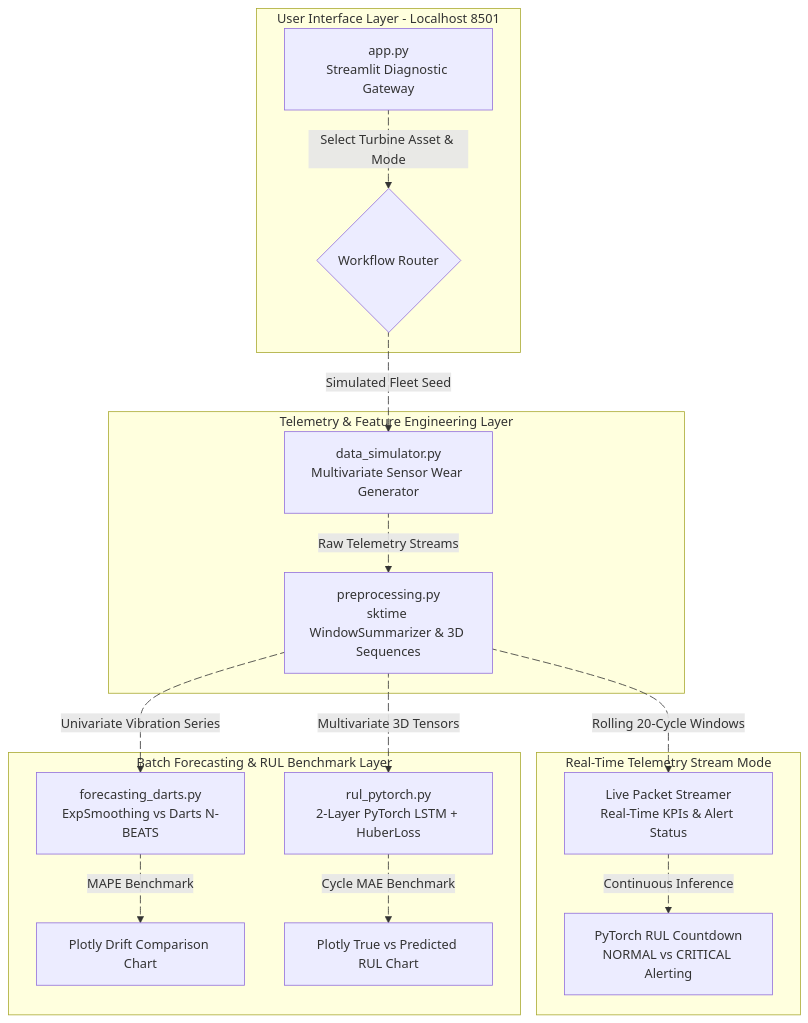
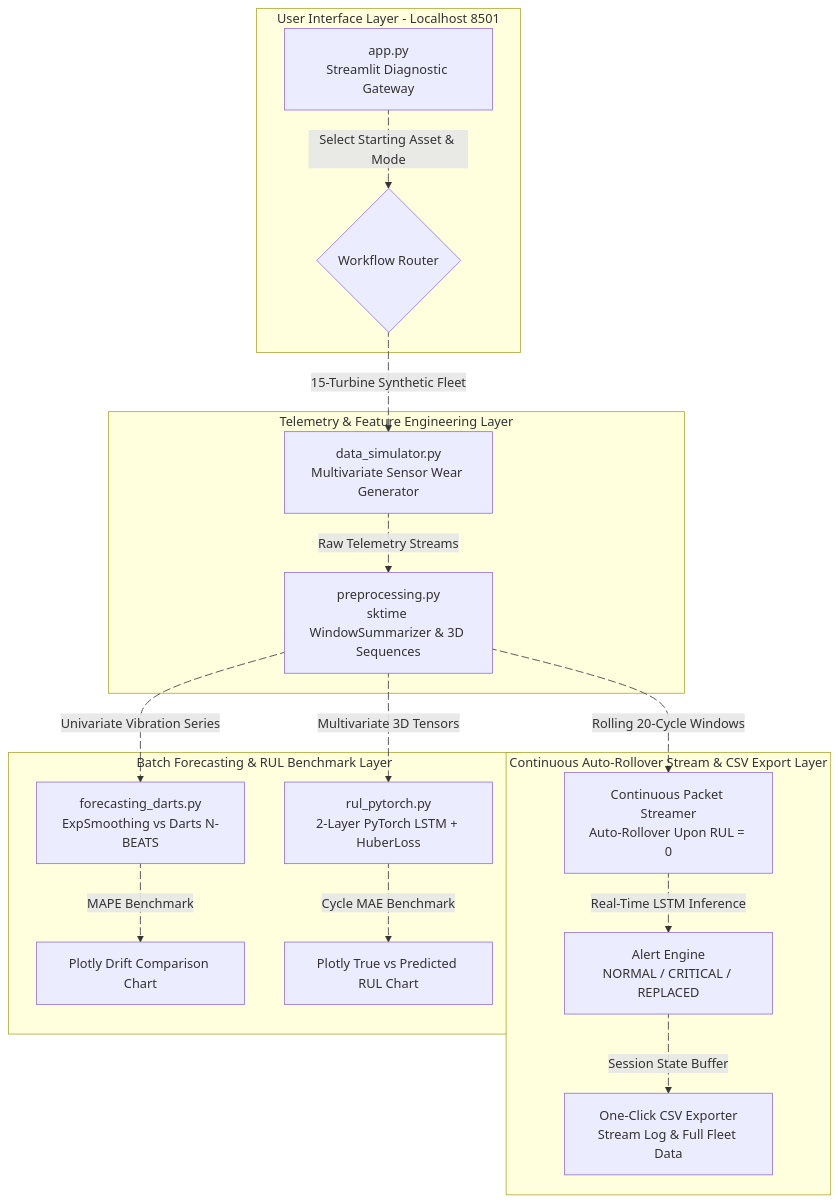
The diagram in README.md (SRINIVASTA/industrial-sensor-rul-engine), drawn with Mermaid before and after one commit. The commit also changed other lines of this file, not shown here.

````diff
--- a/README.md
+++ b/README.md
@@ -25,33 +32,35 @@
 ```mermaid
 flowchart TD
     subgraph User_Interface_Layer["User Interface Layer - Localhost 8501"]
-        A["app.py<br>Streamlit Diagnostic Gateway"] e1@-->|"Select Turbine Asset & Mode"| B{"Workflow Router"}
+        A["app.py<br>Streamlit Diagnostic Gateway"] e1@-->|"Select Starting Asset & Mode"| B{"Workflow Router"}
     end
 
     subgraph Telemetry_Simulation_Layer["Telemetry & Feature Engineering Layer"]
-        B e2@-->|"Simulated Fleet Seed"| C["data_simulator.py<br>Multivariate Sensor Wear Generator"]
+        B e2@-->|"15-Turbine Synthetic Fleet"| C["data_simulator.py<br>Multivariate Sensor Wear Generator"]
         C e3@-->|"Raw Telemetry Streams"| D["preprocessing.py<br>sktime WindowSummarizer & 3D Sequences"]
     end
 
-    subgraph Live_Stream_Layer["Real-Time Telemetry Stream Mode"]
-        D e4@-->|"Rolling 20-Cycle Windows"| E["Live Packet Streamer<br>Real-Time KPIs & Alert Status"]
-        E e5@-->|"Continuous Inference"| F["PyTorch RUL Countdown<br>NORMAL vs CRITICAL Alerting"]
+    subgraph Live_Stream_Layer["Continuous Auto-Rollover Stream & CSV Export Layer"]
+        D e4@-->|"Rolling 20-Cycle Windows"| E["Continuous Packet Streamer<br>Auto-Rollover Upon RUL = 0"]
+        E e5@-->|"Real-Time LSTM Inference"| F["Alert Engine<br>NORMAL / CRITICAL / REPLACED"]
+        F e6@-->|"Session State Buffer"| G["One-Click CSV Exporter<br>Stream Log & Full Fleet Data"]
     end
 
     subgraph Batch_Modeling_Layer["Batch Forecasting & RUL Benchmark Layer"]
-        D e6@-->|"Univariate Vibration Series"| G["forecasting_darts.py<br>ExpSmoothing vs Darts N-BEATS"]
-        D e7@-->|"Multivariate 3D Tensors"| H["rul_pytorch.py<br>2-Layer PyTorch LSTM + HuberLoss"]
-        G e8@-->|"MAPE Benchmark"| I["Plotly Drift Comparison Chart"]
-        H e9@-->|"Cycle MAE Benchmark"| J["Plotly True vs Predicted RUL Chart"]
+        D e7@-->|"Univariate Vibration Series"| H["forecasting_darts.py<br>ExpSmoothing vs Darts N-BEATS"]
+        D e8@-->|"Multivariate 3D Tensors"| I["rul_pytorch.py<br>2-Layer PyTorch LSTM + HuberLoss"]
+        H e9@-->|"MAPE Benchmark"| J["Plotly Drift Comparison Chart"]
+        I e10@-->|"Cycle MAE Benchmark"| K["Plotly True vs Predicted RUL Chart"]
     end
 
     e1@{ animate: true }
     e2@{ animate: true }
     e3@{ animate: true }
     e4@{ animate: true }
     e5@{ animate: true }
     e6@{ animate: true }
     e7@{ animate: true }
     e8@{ animate: true }
     e9@{ animate: true }
+    e10@{ animate: true }
 ```
````
